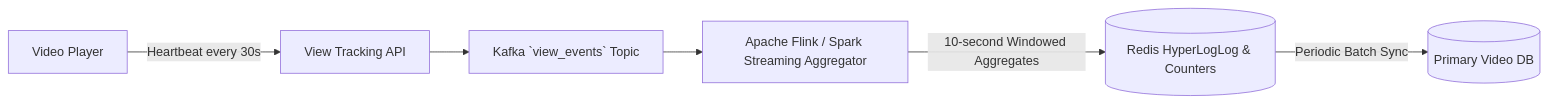
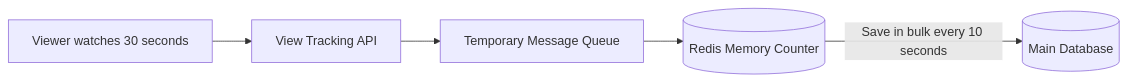
The fourth of 4 diagrams in docs/architecture.md (Rumman90/system-design-video-streaming), drawn with Mermaid before and after one commit. The commit also changed other lines of this file and 9 other files, not shown here.

````diff
--- a/docs/architecture.md
+++ b/docs/architecture.md
@@ -126,8 +115,7 @@
 ```mermaid
 flowchart LR
-    Player[Video Player] -->|Heartbeat every 30s| IngestAPI[View Tracking API]
-    IngestAPI --> Kafka[Kafka `view_events` Topic]
-    Kafka --> Flink[Apache Flink / Spark Streaming Aggregator]
-    Flink -->|10-second Windowed Aggregates| Redis[(Redis HyperLogLog & Counters)]
-    Redis -->|Periodic Batch Sync| SQL[(Primary Video DB)]
+    Viewer[Viewer watches 30 seconds] --> API[View Tracking API]
+    API --> Queue[Temporary Message Queue]
+    Queue --> FastCache[(Redis Memory Counter)]
+    FastCache -->|Save in bulk every 10 seconds| MainDB[(Main Database)]
 ```
````
